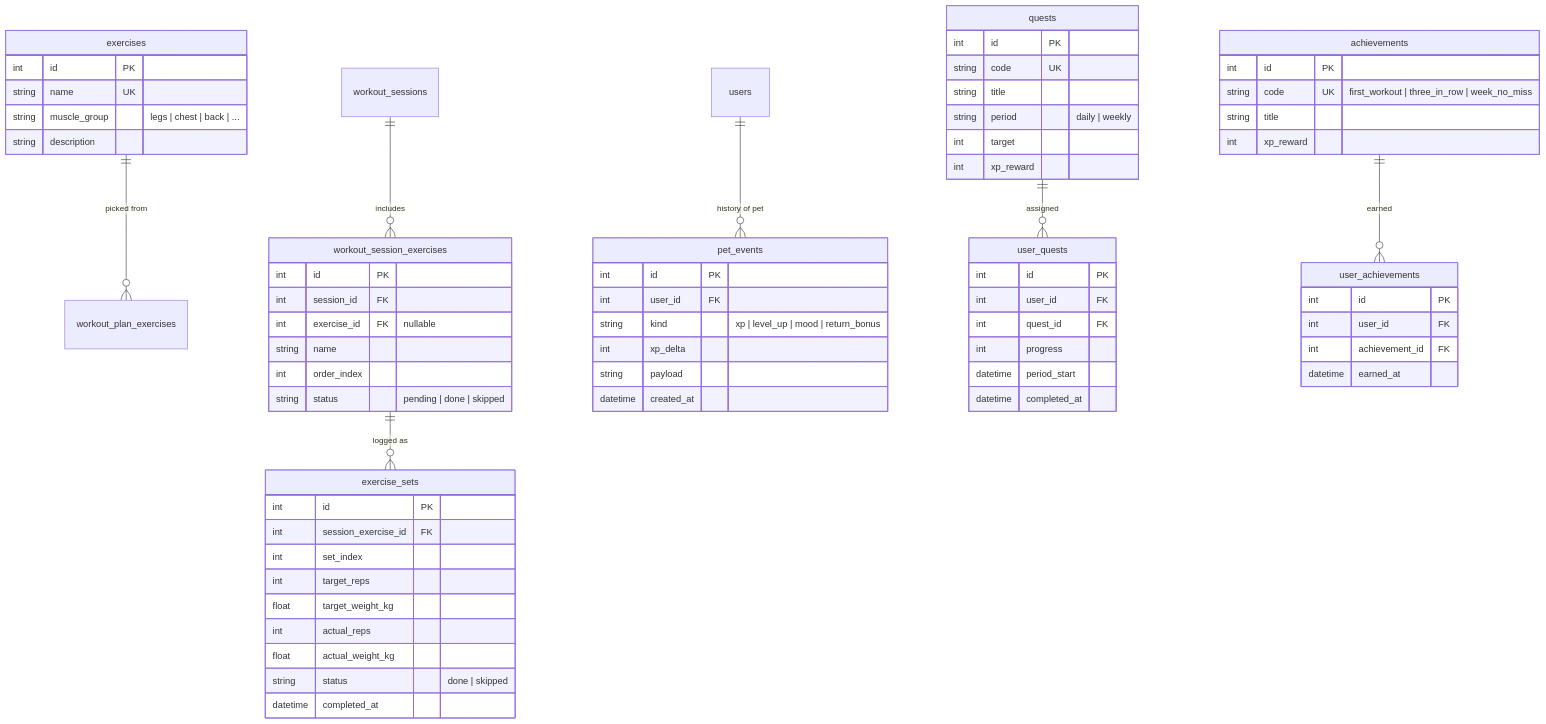
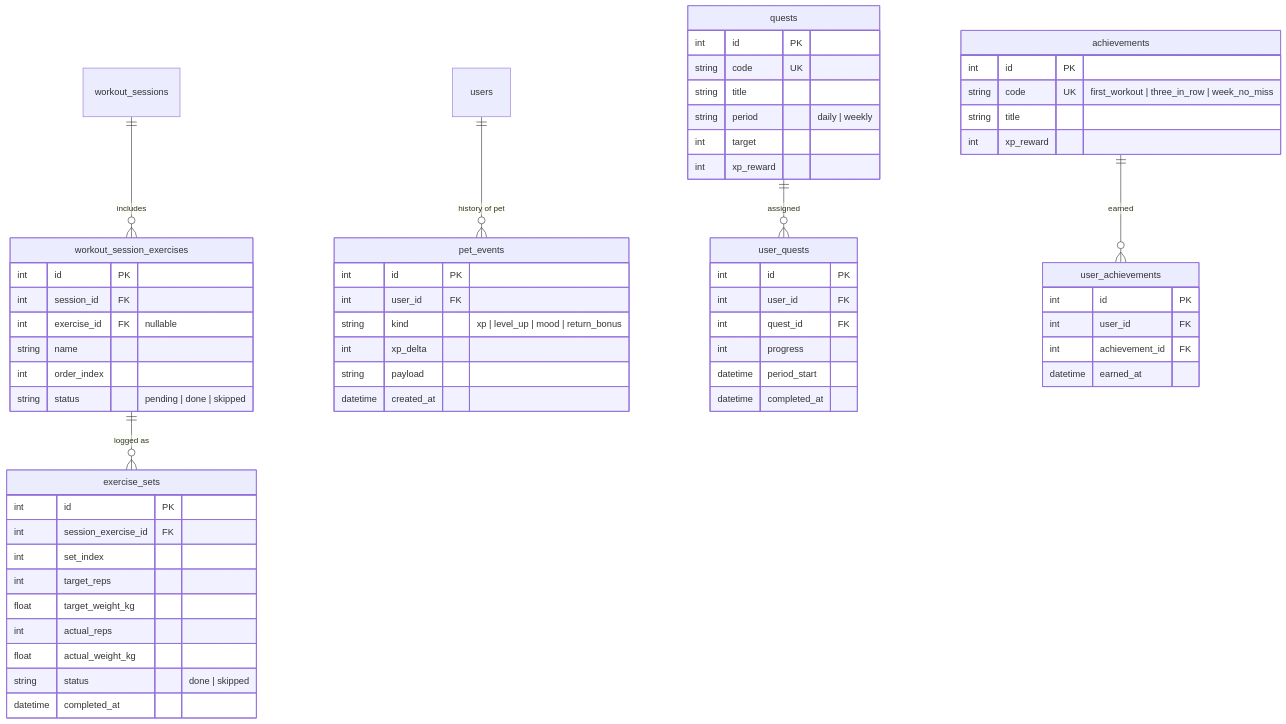
One commit to SonyAkb/FitnessApp changed the second of 2 diagrams in docs/DATABASE.md. Above: the diagram before and after it, drawn with Mermaid. The commit also changed other lines of this file and 7 other files, not shown here.

````diff
--- a/docs/DATABASE.md
+++ b/docs/DATABASE.md
@@ -170,71 +178,64 @@
 ```mermaid
 erDiagram
-  exercises ||--o{ workout_plan_exercises : "picked from"
   workout_sessions ||--o{ workout_session_exercises : "includes"
   workout_session_exercises ||--o{ exercise_sets : "logged as"
   users ||--o{ pet_events : "history of pet"
   quests ||--o{ user_quests : "assigned"
   achievements ||--o{ user_achievements : "earned"
 
-  exercises {
-    int id PK
-    string name UK
-    string muscle_group "legs | chest | back | ..."
-    string description
-  }
   workout_session_exercises {
     int id PK
     int session_id FK
     int exercise_id FK "nullable"
     string name
     int order_index
     string status "pending | done | skipped"
   }
   exercise_sets {
     int id PK
     int session_exercise_id FK
     int set_index
     int target_reps
     float target_weight_kg
     int actual_reps
     float actual_weight_kg
     string status "done | skipped"
     datetime completed_at
   }
   pet_events {
     int id PK
     int user_id FK
     string kind "xp | level_up | mood | return_bonus"
     int xp_delta
     string payload
     datetime created_at
   }
   quests {
     int id PK
     string code UK
     string title
     string period "daily | weekly"
     int target
     int xp_reward
   }
   user_quests {
     int id PK
     int user_id FK
     int quest_id FK
     int progress
     datetime period_start
     datetime completed_at
   }
   achievements {
     int id PK
     string code UK "first_workout | three_in_row | week_no_miss"
     string title
     int xp_reward
   }
   user_achievements {
     int id PK
     int user_id FK
     int achievement_id FK
     datetime earned_at
   }
 ```
````
